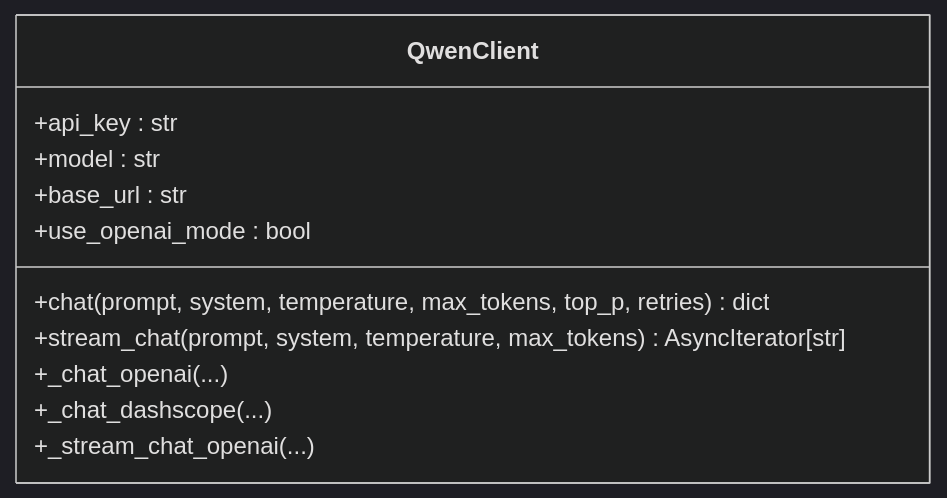
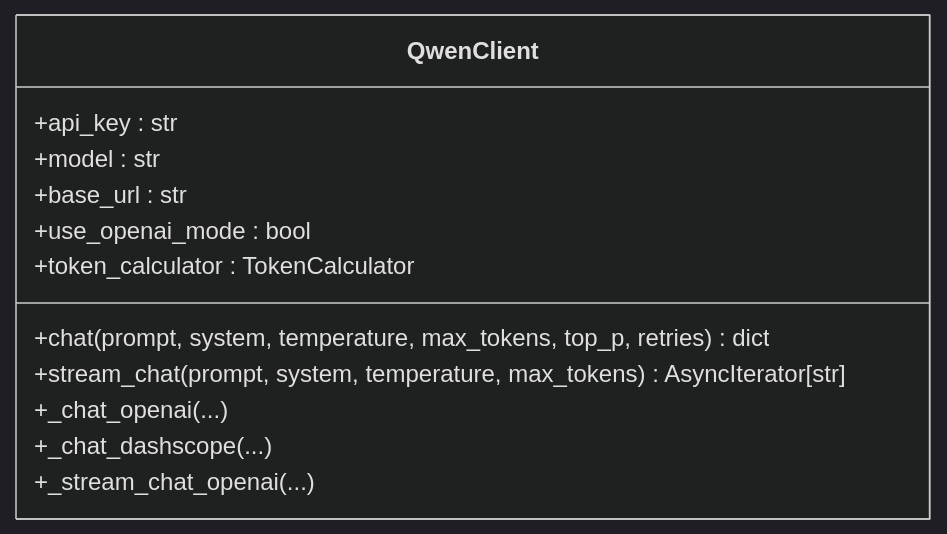
One commit to xfbyxq/ai-novel-system changed the third of 9 diagrams in .qoder/repowiki/zh/content/LLM集成架构/LLM集成架构.md. Above: the diagram before and after it, drawn with Mermaid (dark theme). The commit also changed other lines of this file and 3 other files, not shown here.

````diff
--- a/.qoder/repowiki/zh/content/LLM集成架构/LLM集成架构.md
+++ b/.qoder/repowiki/zh/content/LLM集成架构/LLM集成架构.md
@@ -205,14 +221,15 @@
 ```mermaid
 classDiagram
 class QwenClient {
 +api_key : str
 +model : str
 +base_url : str
 +use_openai_mode : bool
++token_calculator : TokenCalculator
 +chat(prompt, system, temperature, max_tokens, top_p, retries) dict
 +stream_chat(prompt, system, temperature, max_tokens) AsyncIterator[str]
 +_chat_openai(...)
 +_chat_dashscope(...)
 +_stream_chat_openai(...)
 }
 ```
````
